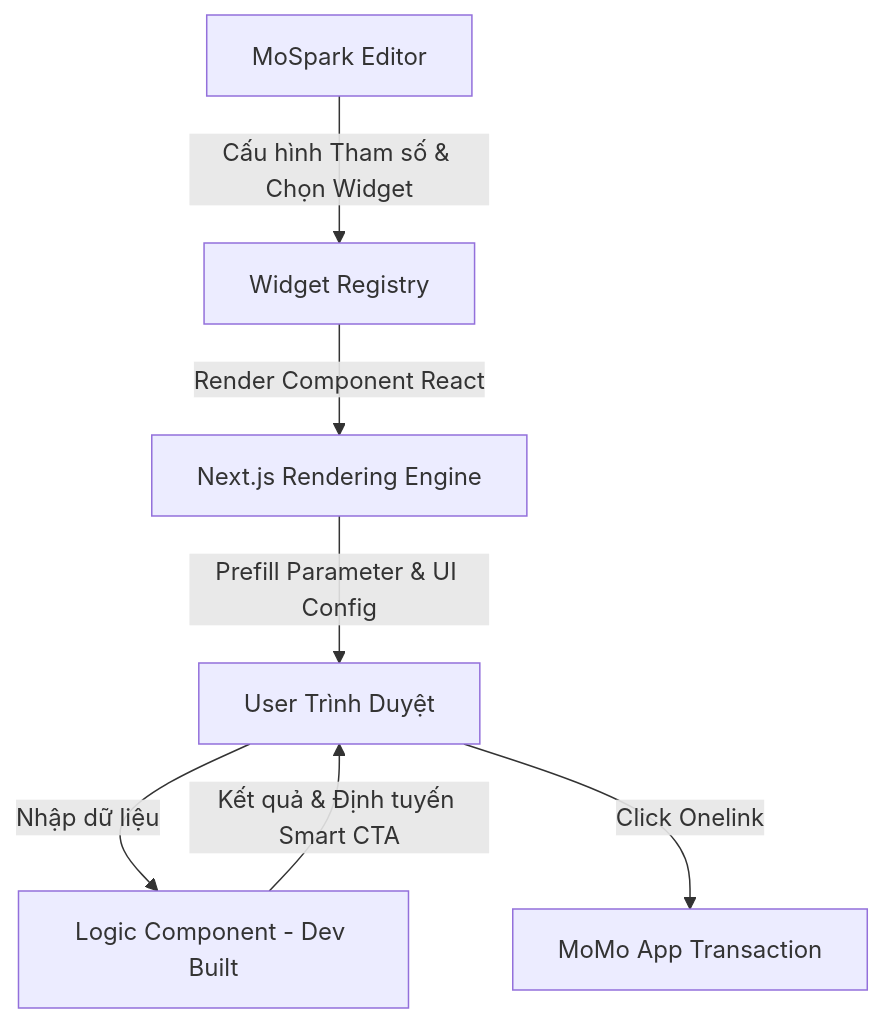
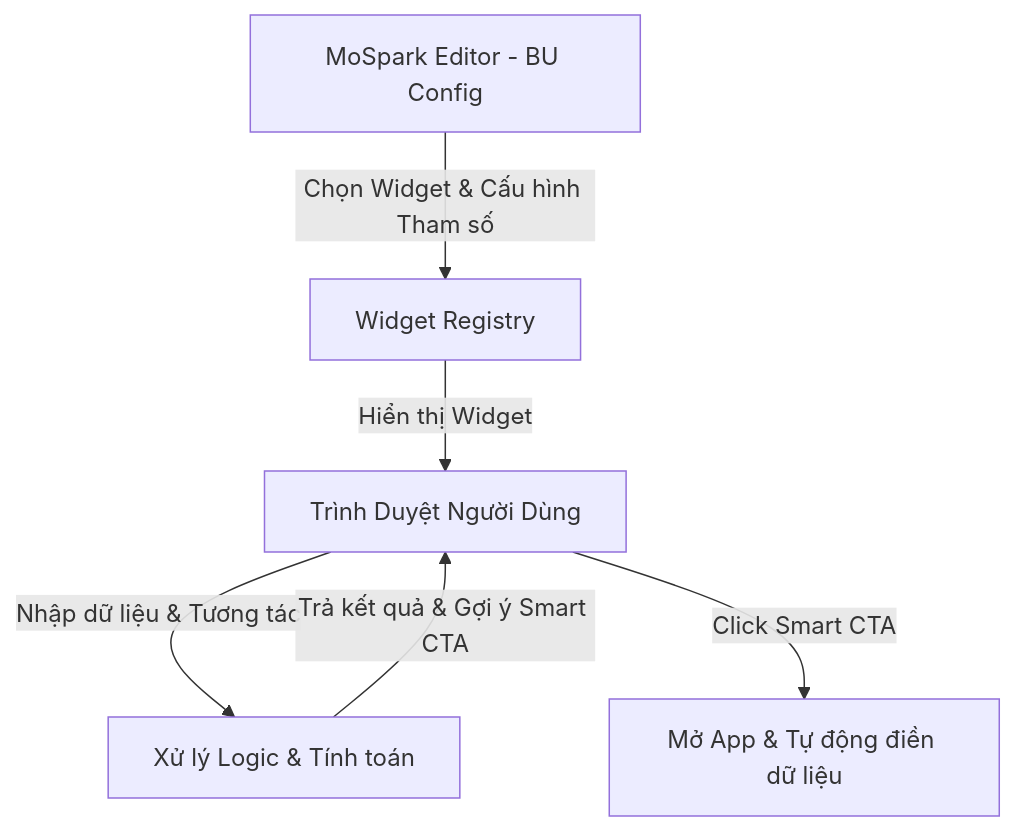
The diagram in 04_MOSPARK_PLATFORM/mospark_widget_store.md (vanhien26/hienho-knowledgebase), drawn with Mermaid before and after one commit. The commit also changed other lines of this file and 129 other files, not shown here.

````diff
--- a/04_MOSPARK_PLATFORM/mospark_widget_store.md
+++ b/04_MOSPARK_PLATFORM/mospark_widget_store.md
@@ -93,9 +115,8 @@
 ```mermaid
 flowchart TD
-    CMS[MoSpark Editor] -->|Cấu hình Tham số & Chọn Widget| Registry[Widget Registry]
-    Registry -->|Render Component React| Engine[Next.js Rendering Engine]
-    Engine -->|Prefill Parameter & UI Config| UserBrowser[User Trình Duyệt]
-    UserBrowser -->|Nhập dữ liệu| WidgetLogic[Logic Component - Dev Built]
-    WidgetLogic -->|Kết quả & Định tuyến Smart CTA| UserBrowser
-    UserBrowser -->|Click Onelink| MoMoApp[MoMo App Transaction]
+    CMS[MoSpark Editor - BU Config] -->|Chọn Widget & Cấu hình Tham số| Registry[Widget Registry]
+    Registry -->|Hiển thị Widget| UserBrowser[Trình Duyệt Người Dùng]
+    UserBrowser -->|Nhập dữ liệu & Tương tác| WidgetLogic[Xử lý Logic & Tính toán]
+    WidgetLogic -->|Trả kết quả & Gợi ý Smart CTA| UserBrowser
+    UserBrowser -->|Click Smart CTA| MoMoApp[Mở App & Tự động điền dữ liệu]
 ```
````
